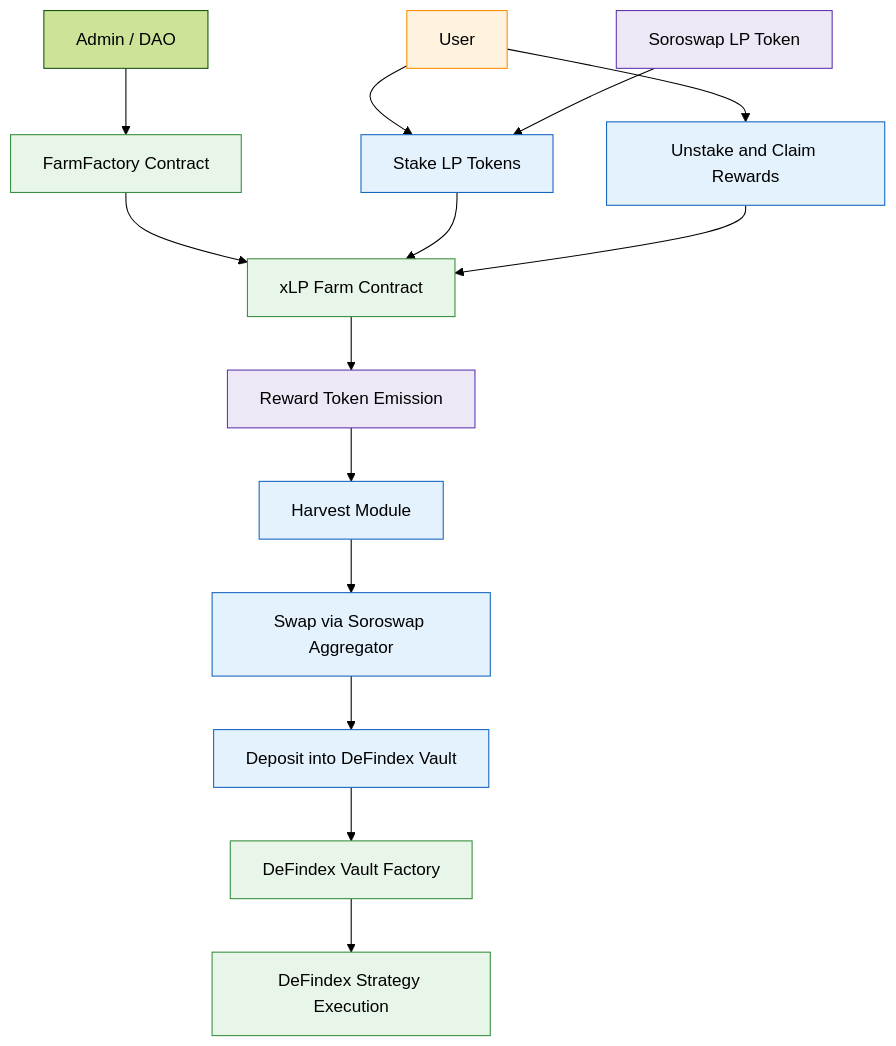
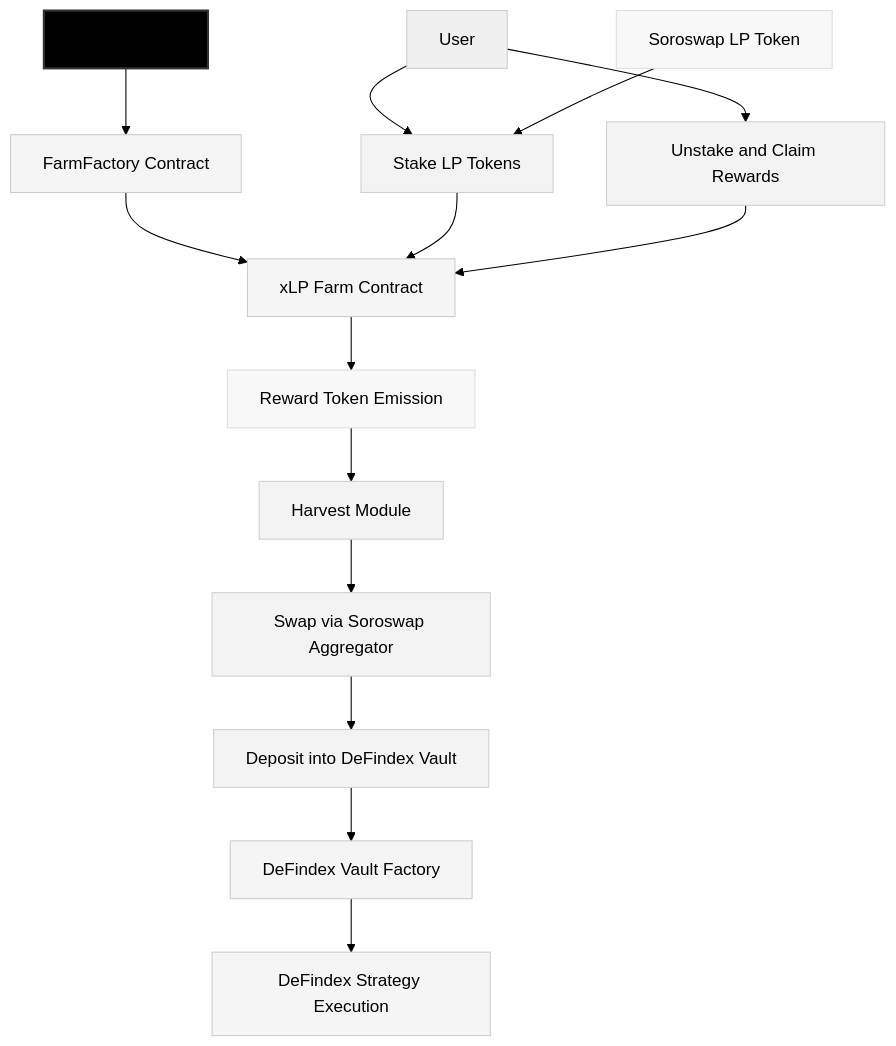
Before and after one commit to Smitbafna/xLP-Farm-Protocol: the diagram in README.md, drawn with Mermaid (forest theme). The commit also changed other lines of this file, not shown here.

````diff
--- a/README.md
+++ b/README.md
@@ -54,38 +50,40 @@
 ```mermaid
 flowchart TD
 
   %% Admin Setup
   Admin[Admin / DAO]
   Admin --> Factory[FarmFactory Contract]
   Factory --> Farm[xLP Farm Contract]
 
   %% User Interaction
   User[User]
   LPToken[Soroswap LP Token]
   User --> Stake[Stake LP Tokens]
   Stake --> Farm
   User --> Unstake[Unstake and Claim Rewards]
   Unstake --> Farm
   LPToken --> Stake
 
   %% Reward Flow
   Farm --> Reward[Reward Token Emission]
   Reward --> Harvest[Harvest Module]
   Harvest --> Swap[Swap via Soroswap Aggregator]
   Swap --> Deposit[Deposit into DeFindex Vault]
   Deposit --> VaultFactory[DeFindex Vault Factory]
   VaultFactory --> Strategy[DeFindex Strategy Execution]
 
   %% Styling
-  classDef contract fill:#e8f5e9,stroke:#388e3c,stroke-width:2px;       %% Soft green with bold dark green border
-classDef service fill:#ede7f6,stroke:#5e35b1,stroke-width:2px;       %% Lavender with deep purple border
-classDef user fill:#fff3e0,stroke:#fb8c00,stroke-width:2px;          %% Light orange with bright orange border
-classDef logic fill:#e3f2fd,stroke:#1565c0,stroke-width:2px;         %% Soft blue with navy border
+  classDef admin fill:#000000,stroke:#333333,stroke-width:2px,color:#ffffff;  %% Black background with white text for Admin/DAO
+  classDef contract fill:#f5f5f5,stroke:#cccccc,stroke-width:1px,color:#666666;  %% Dull gray for contracts
+  classDef service fill:#f8f8f8,stroke:#dddddd,stroke-width:1px,color:#666666;   %% Dull light gray for services
+  classDef user fill:#f0f0f0,stroke:#cccccc,stroke-width:1px,color:#666666;      %% Dull gray for user
+  classDef logic fill:#f3f3f3,stroke:#d0d0d0,stroke-width:1px,color:#666666;     %% Dull light gray for logic
 
+class Admin admin
 class Farm,Factory contract
 class Stake,Unstake,Harvest,Swap,Deposit logic
 class User user
 class LPToken,Reward service
 class VaultFactory,Strategy contract
 
 ```
````
